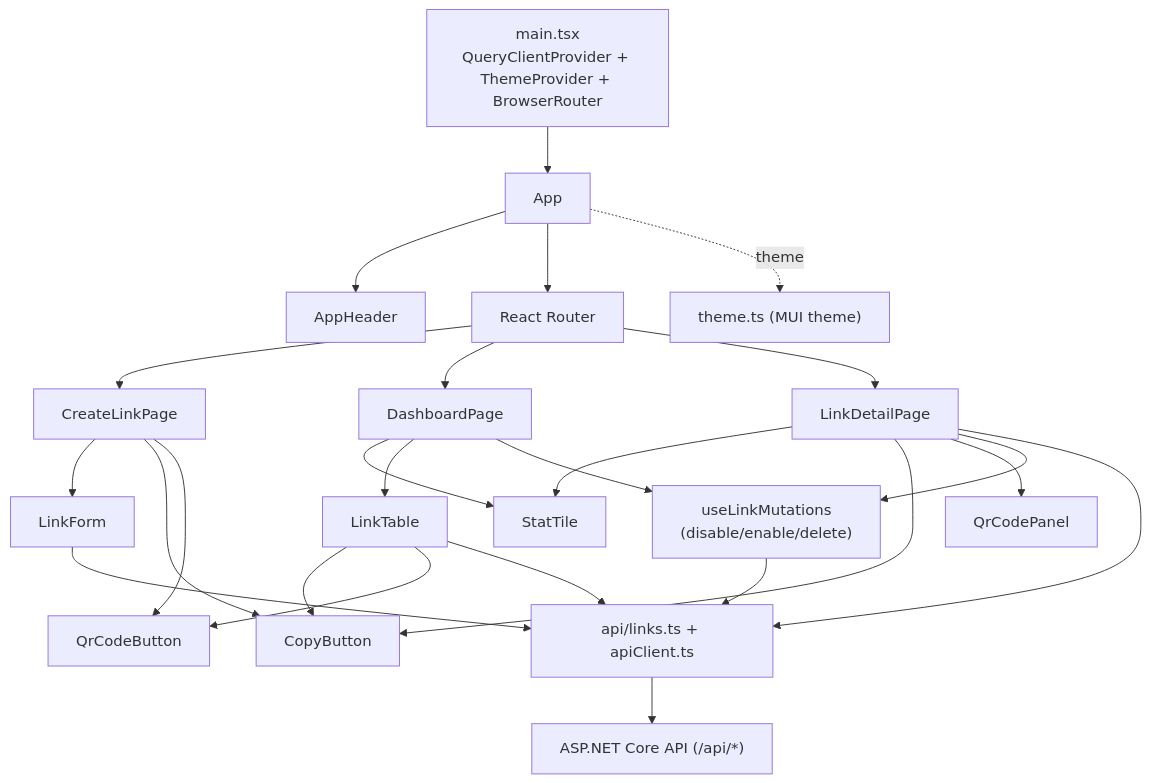
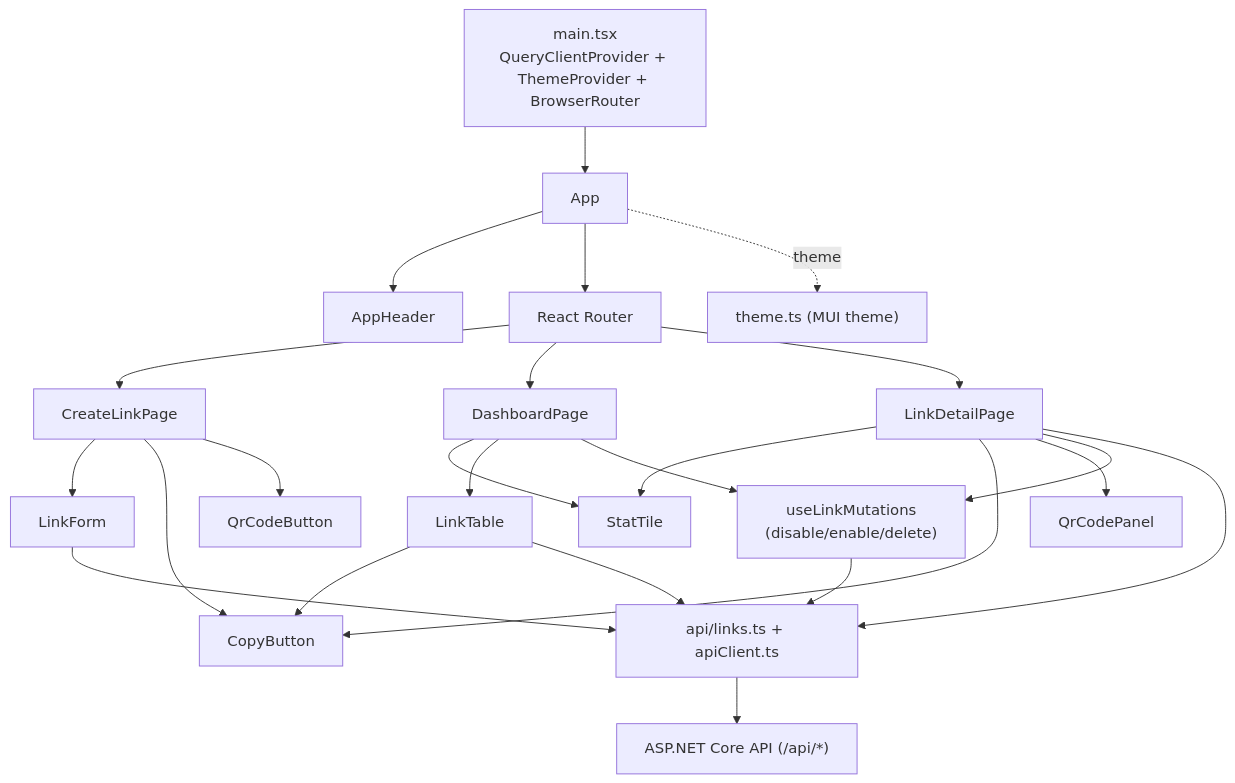
Before and after one commit to MoriMokata/url-link-shortener: the seventh of 8 diagrams in ai-logs/output/ARCHITECTURE.md, drawn with Mermaid. The commit also changed other lines of this file, not shown here.

Commit message:
DOC-10: sync output/ARCHITECTURE.md with post-launch changes (MUI, gul.fy, QR button removal)

````diff
--- a/ai-logs/output/ARCHITECTURE.md
+++ b/ai-logs/output/ARCHITECTURE.md
@@ -199,33 +199,32 @@
 ```mermaid
 graph TD
     Main["main.tsx<br/>QueryClientProvider + ThemeProvider + BrowserRouter"] --> App
     App --> AppHeader
     App --> Router["React Router"]
     Router --> CreateLinkPage
     Router --> DashboardPage
     Router --> LinkDetailPage
 
     CreateLinkPage --> LinkForm
     CreateLinkPage --> CopyButton
     CreateLinkPage --> QrCodeButton
 
     DashboardPage --> StatTile
     DashboardPage --> LinkTable
     LinkTable --> CopyButton
-    LinkTable --> QrCodeButton
 
     LinkDetailPage --> StatTile
     LinkDetailPage --> CopyButton
     LinkDetailPage --> QrCodePanel
 
     DashboardPage --> Hooks["useLinkMutations<br/>(disable/enable/delete)"]
     LinkDetailPage --> Hooks
 
     LinkForm --> ApiClient["api/links.ts + apiClient.ts"]
     LinkTable --> ApiClient
     LinkDetailPage --> ApiClient
     Hooks --> ApiClient
     ApiClient --> Backend["ASP.NET Core API (/api/*)"]
 
     App -.theme.-> Theme["theme.ts (MUI theme)"]
 ```
````
